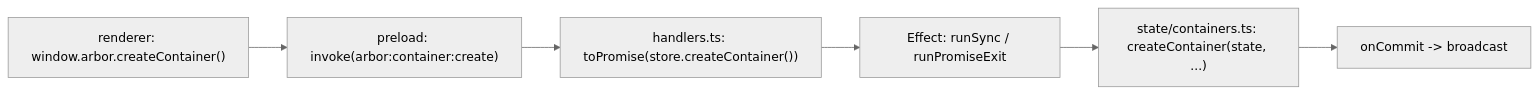
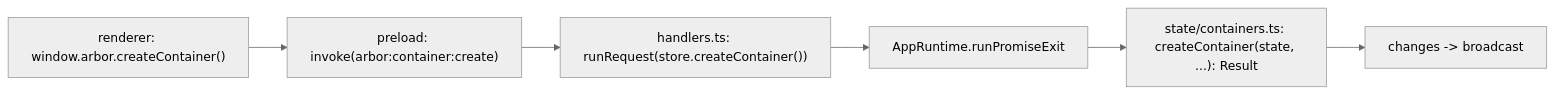
The third of 3 diagrams in docs/architecture/03-store.md (rom100main/arbor), drawn with Mermaid (neutral theme) before and after one commit. The commit also changed other lines of this file and 3 other files, not shown here.

Commit message:
docs(architecture): ops no longer throw, use effect on store, adapt the rest of code on effect

````diff
--- a/docs/architecture/03-store.md
+++ b/docs/architecture/03-store.md
@@ -83,8 +87,8 @@
 ```mermaid
 flowchart LR
     Ren["renderer: window.arbor.createContainer()"] --> Pre["preload: invoke(arbor:container:create)"]
-    Pre --> Han["handlers.ts: toPromise(store.createContainer())"]
-    Han --> Eff["Effect: runSync / runPromiseExit"]
-    Eff --> Pure["state/containers.ts: createContainer(state, ...)"]
-    Pure --> Commit["onCommit -> broadcast"]
+    Pre --> Han["handlers.ts: runRequest(store.createContainer())"]
+    Han --> Eff["AppRuntime.runPromiseExit"]
+    Eff --> Pure["state/containers.ts: createContainer(state, ...): Result"]
+    Pure --> Commit["changes -> broadcast"]
 ```
````
